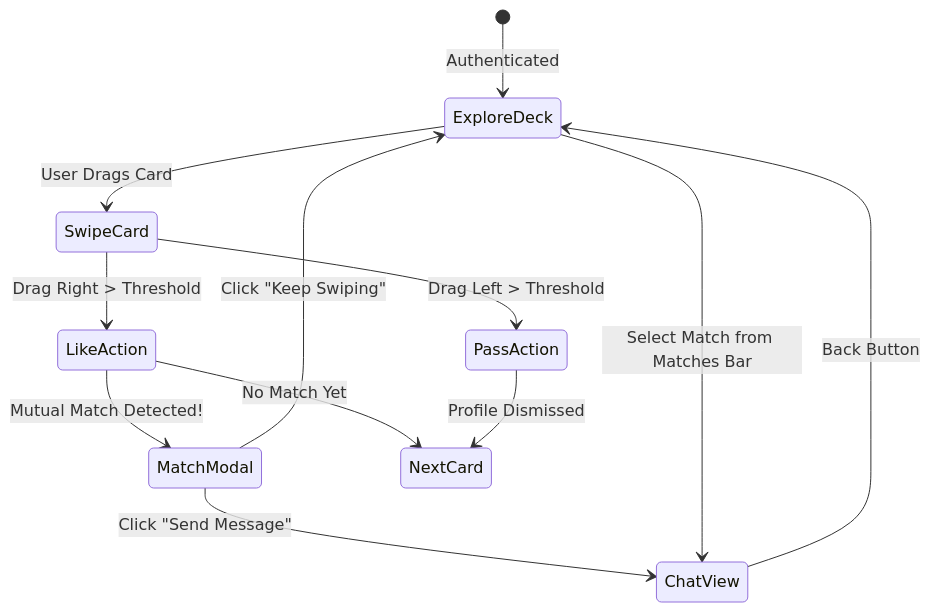
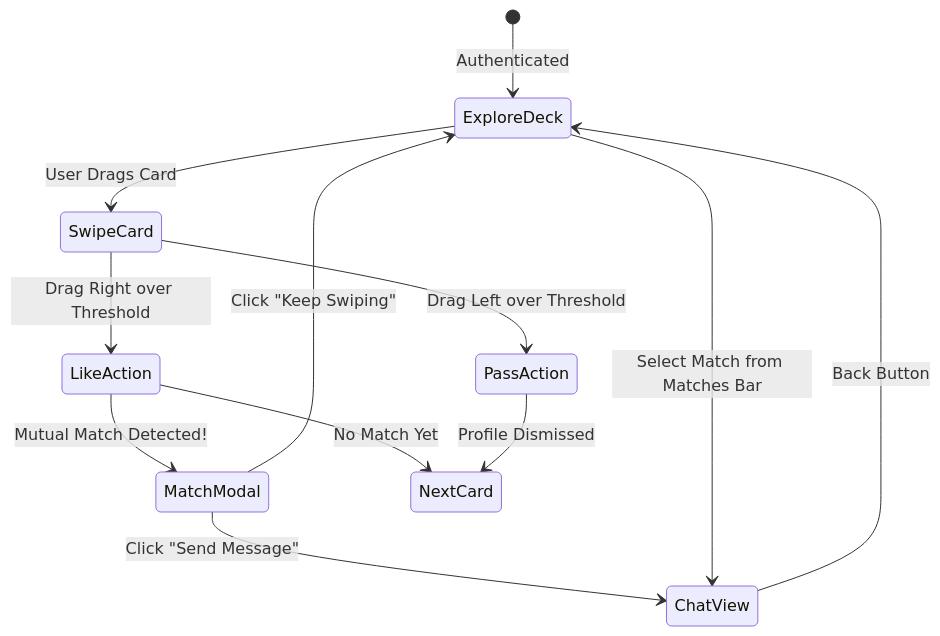
The third of 4 diagrams in readme.md (shreeramshegde/Dating-App), drawn with Mermaid before and after one commit. The commit also changed other lines of this file, not shown here.

Commit message:
docs(readme): fix mermaid syntax errors in architecture diagrams

````diff
--- a/readme.md
+++ b/readme.md
@@ -375,17 +375,17 @@
 ```mermaid
 stateDiagram-v2
     [*] --> ExploreDeck: Authenticated
     ExploreDeck --> SwipeCard: User Drags Card
-    SwipeCard --> LikeAction: Drag Right > Threshold
-    SwipeCard --> PassAction: Drag Left > Threshold
+    SwipeCard --> LikeAction: Drag Right over Threshold
+    SwipeCard --> PassAction: Drag Left over Threshold
     
     LikeAction --> MatchModal: Mutual Match Detected!
     LikeAction --> NextCard: No Match Yet
     PassAction --> NextCard: Profile Dismissed
     
     MatchModal --> ChatView: Click "Send Message"
     MatchModal --> ExploreDeck: Click "Keep Swiping"
     
     ExploreDeck --> ChatView: Select Match from Matches Bar
     ChatView --> ExploreDeck: Back Button
 ```
````
